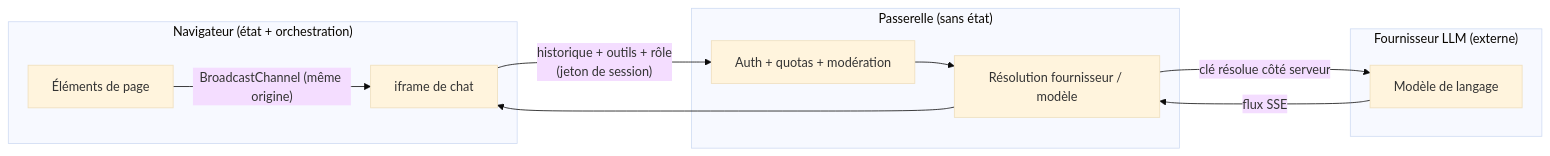
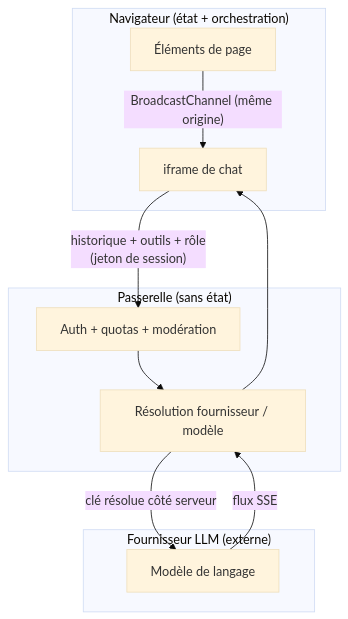
The third of 3 diagrams in docs/presentation-fr/05-securite.md (data-fair/agents), drawn with Mermaid (base theme) before and after one commit. The commit also changed other lines of this file and 5 other files, not shown here.

First line of the commit message:
docs(presentation-fr): polish prose, fix diagrams, cover client questions

````diff
--- a/docs/presentation-fr/05-securite.md
+++ b/docs/presentation-fr/05-securite.md
@@ -77,20 +79,20 @@
 ```mermaid
-flowchart LR
+flowchart TD
     subgraph Browser["Navigateur (état + orchestration)"]
         IF["iframe de chat"]
         EP["Éléments de page"]
     end
     subgraph GW["Passerelle (sans état)"]
         Auth["Auth + quotas + modération"]
         Route["Résolution fournisseur / modèle"]
     end
     subgraph LLM["Fournisseur LLM (externe)"]
         Model["Modèle de langage"]
     end
     EP -->|"BroadcastChannel (même origine)"| IF
     IF -->|"historique + outils + rôle\n(jeton de session)"| Auth
     Auth --> Route
     Route -->|"clé résolue côté serveur"| Model
     Model -->|"flux SSE"| Route
     Route --> IF
 ```
````
